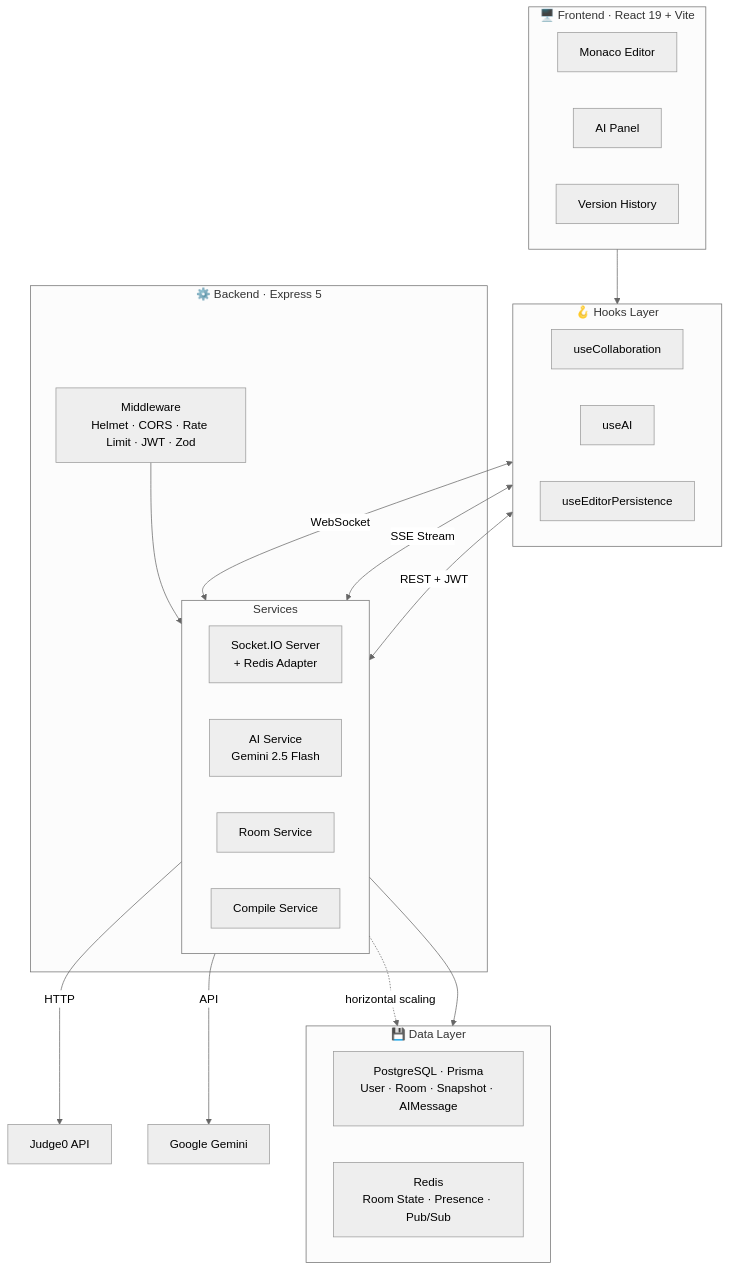
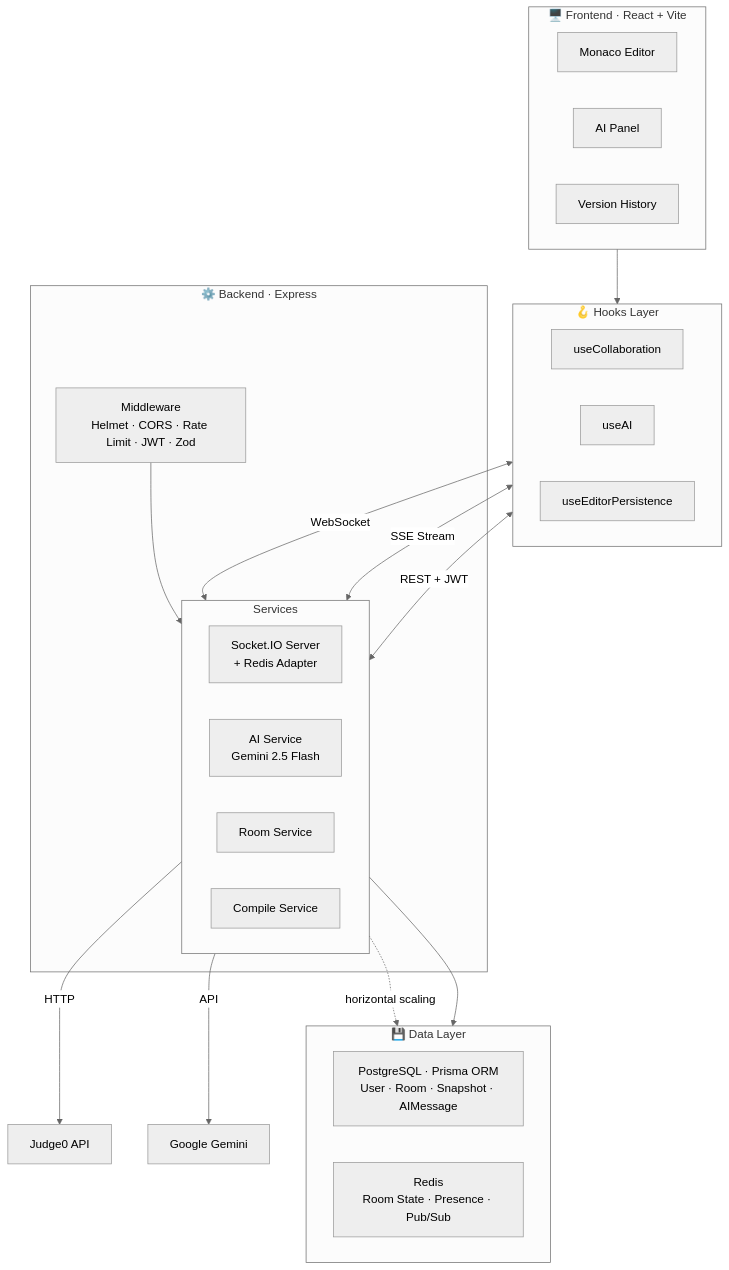
One commit to rah7202/smart-code-lab changed the diagram in README.md. Above: the diagram before and after it, drawn with Mermaid (neutral theme).

Commit message:
fix: Readme file updated

````diff
--- a/README.md
+++ b/README.md
@@ -50,49 +50,49 @@
 ```mermaid
 flowchart TB
-    subgraph Client["🖥️ Frontend · React 19 + Vite"]
+    subgraph Client["🖥️ Frontend · React + Vite"]
         direction LR
         Monaco["Monaco Editor"]
         AIP["AI Panel"]
         VH["Version History"]
     end
 
     subgraph HooksLayer["🪝 Hooks Layer"]
         direction LR
         HC["useCollaboration"]
         HA["useAI"]
         HP["useEditorPersistence"]
     end
 
     Client --> HooksLayer
 
     HC <-->|"WebSocket"| SocketIO
     HA <-->|"SSE Stream"| AIRoute
     HP <-->|"REST + JWT"| RoomRoute
 
-    subgraph Server["⚙️ Backend · Express 5"]
+    subgraph Server["⚙️ Backend · Express"]
 
         MW["Middleware\nHelmet · CORS · Rate Limit · JWT · Zod"]
 
         subgraph Core["Services"]
             direction LR
             SocketIO["Socket.IO Server\n+ Redis Adapter"]
             AIRoute["AI Service\nGemini 2.5 Flash"]
             RoomRoute["Room Service"]
             CompileSvc["Compile Service"]
         end
 
         MW --> Core
     end
 
     CompileSvc -->|"HTTP"| Judge0["Judge0 API"]
     AIRoute -->|"API"| Gemini["Google Gemini"]
 
     subgraph DataStores["💾 Data Layer"]
         direction LR
-        PG["PostgreSQL · Prisma\nUser · Room · Snapshot · AIMessage"]
+        PG["PostgreSQL · Prisma ORM\nUser · Room · Snapshot · AIMessage"]
         RD["Redis\nRoom State · Presence · Pub/Sub"]
     end
 
     Core --> DataStores
     SocketIO -.->|"horizontal scaling"| RD
 ```
````
